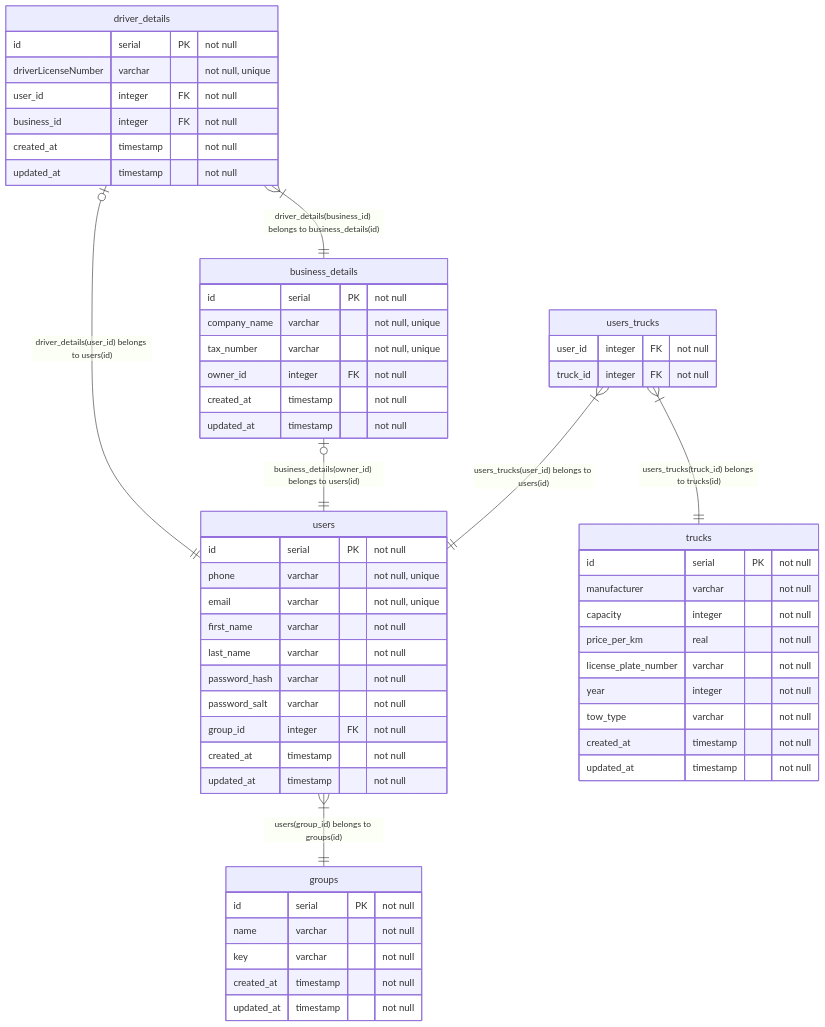
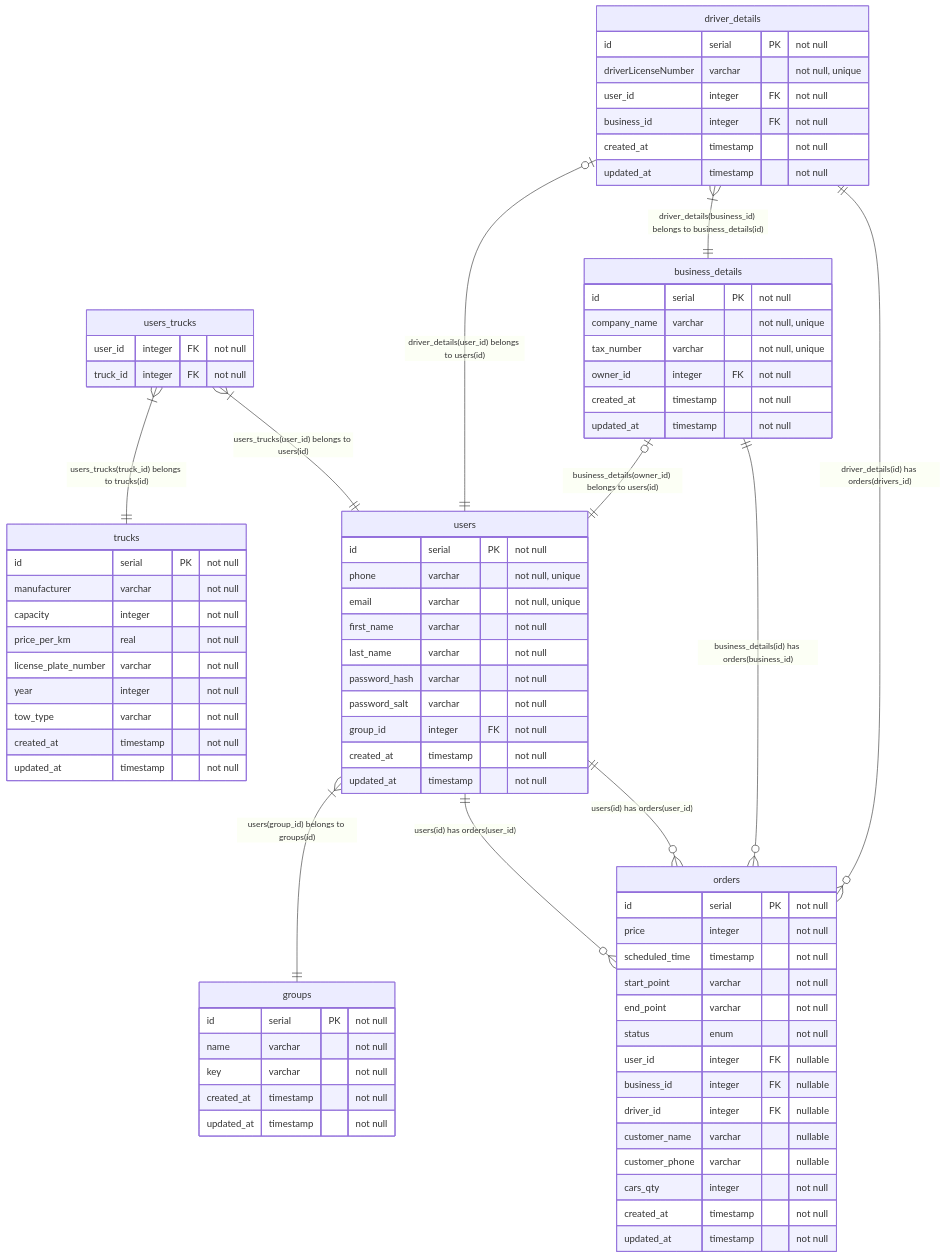
One commit to BinaryStudioAcademy/bsa-2023-towhub changed the diagram in readme.md. Above: the diagram before and after it, drawn with Mermaid. The commit also changed 49 other files, not shown here.

First line of the commit message:
th-110: Order schema (#150)

````diff
--- a/readme.md
+++ b/readme.md
@@ -45,68 +45,82 @@
 ```mermaid
 
 erDiagram
 
     users {
         id serial PK "not null"
         phone varchar "not null, unique"
         email varchar "not null, unique"
         first_name varchar "not null"
         last_name varchar "not null"
         password_hash varchar "not null"
         password_salt varchar "not null"
         group_id integer FK "not null"
         created_at timestamp "not null"
         updated_at timestamp "not null"
     }
-
     groups {
         id serial PK "not null"
         name varchar "not null"
         key varchar "not null"
         created_at timestamp "not null"
         updated_at timestamp "not null"
     }
-
-    business_details {
-        id serial PK "not null"
-        company_name varchar "not null, unique"
-        tax_number varchar "not null, unique"
-        owner_id integer FK "not null"
-        created_at timestamp "not null"
-        updated_at timestamp "not null"
-    }
-
     driver_details {
         id serial PK "not null"
         driverLicenseNumber varchar "not null, unique"
         user_id integer FK "not null"
         business_id integer FK "not null"
         created_at timestamp "not null"
         updated_at timestamp "not null"
     }
-
+    users_trucks {
+        user_id integer FK "not null"
+        truck_id integer FK "not null"
+    }
     trucks {
         id serial PK "not null"
         manufacturer varchar "not null"
         capacity integer "not null"
         price_per_km real "not null"
         license_plate_number varchar "not null"
         year integer "not null"
         tow_type varchar "not null"
         created_at timestamp "not null"
         updated_at timestamp "not null"
     }
-
-    users_trucks {
-        user_id integer FK "not null"
-        truck_id integer FK "not null"
+    business_details {
+        id serial PK "not null"
+        company_name varchar "not null, unique"
+        tax_number varchar "not null, unique"
+        owner_id integer FK "not null"
+        created_at timestamp "not null"
+        updated_at timestamp "not null"
+    }
+    orders {
+        id serial PK "not null"
+        price integer "not null"
+        scheduled_time timestamp "not null"
+        start_point varchar "not null"
+        end_point varchar "not null"
+        status enum "not null"
+        user_id integer FK "nullable"
+        business_id integer FK "nullable"
+        driver_id integer FK "nullable"
+        customer_name varchar "nullable"
+        customer_phone varchar "nullable"
+        cars_qty integer "not null"
+        created_at timestamp "not null"
+        updated_at timestamp "not null"
     }
 
     users_trucks one or many -- one trucks: "users_trucks(truck_id) belongs to trucks(id)"
     users_trucks one or many -- one users: "users_trucks(user_id) belongs to users(id)"
     users one or many -- one groups: "users(group_id) belongs to groups(id)"
     business_details zero or one -- one users: "business_details(owner_id) belongs to users(id)"
     driver_details zero or one -- one users: "driver_details(user_id) belongs to users(id)"
     driver_details one or many -- one business_details: "driver_details(business_id) belongs to business_details(id)"
-
+    users one -- zero or many orders: "users(id) has orders(user_id)"
+    users one -- zero or many orders: "users(id) has orders(user_id)"
+    business_details one -- zero or many orders: "business_details(id) has orders(business_id)"
+    driver_details one -- zero or many orders: "driver_details(id) has orders(drivers_id)"
 ```
````
